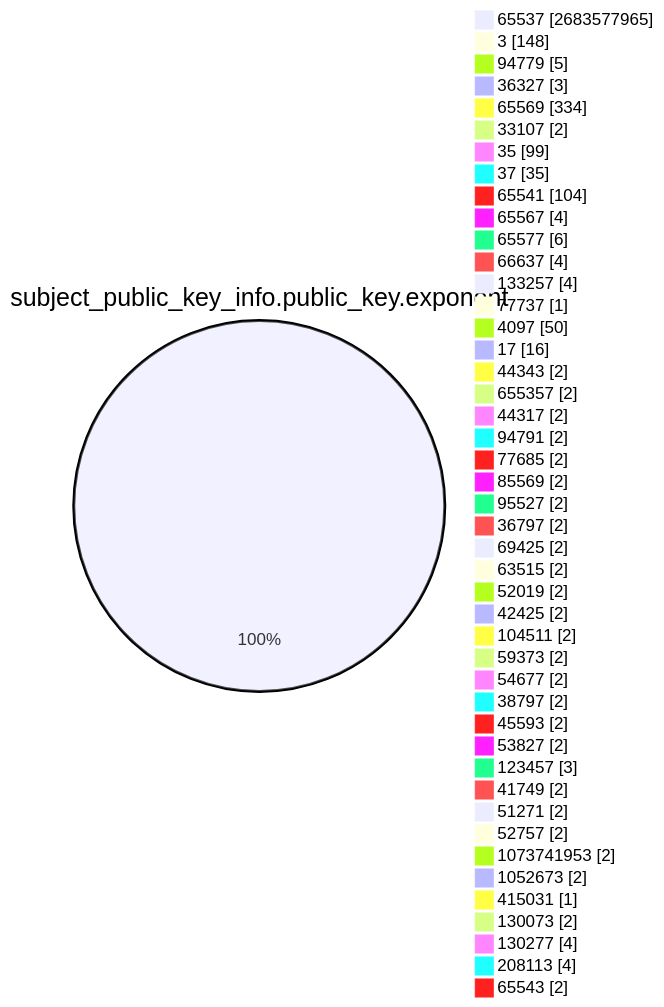
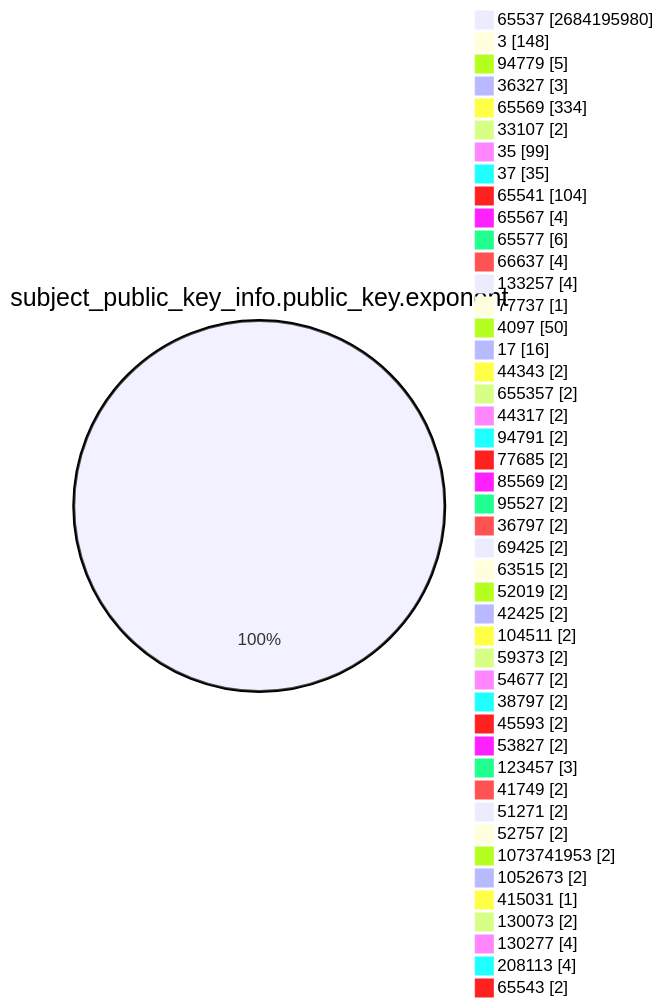
One commit to christiankrug/ctmonitor_visualization changed the fourth of 15 diagrams in TOTAL/README.md. Above: the diagram before and after it, drawn with Mermaid. The commit also changed other lines of this file, not shown here.

````diff
--- a/TOTAL/README.md
+++ b/TOTAL/README.md
@@ -1466,49 +1466,49 @@
 ```mermaid
 pie showData
 title subject_public_key_info.public_key.exponent
-"65537" :2683577965
+"65537" :2684195980
 "3" :148
 "94779" :5
 "36327" :3
 "65569" :334
 "33107" :2
 "35" :99
 "37" :35
 "65541" :104
 "65567" :4
 "65577" :6
 "66637" :4
 "133257" :4
 "77737" :1
 "4097" :50
 "17" :16
 "44343" :2
 "655357" :2
 "44317" :2
 "94791" :2
 "77685" :2
 "85569" :2
 "95527" :2
 "36797" :2
 "69425" :2
 "63515" :2
 "52019" :2
 "42425" :2
 "104511" :2
 "59373" :2
 "54677" :2
 "38797" :2
 "45593" :2
 "53827" :2
 "123457" :3
 "41749" :2
 "51271" :2
 "52757" :2
 "1073741953" :2
 "1052673" :2
 "415031" :1
 "130073" :2
 "130277" :4
 "208113" :4
 "65543" :2
 ```
````
